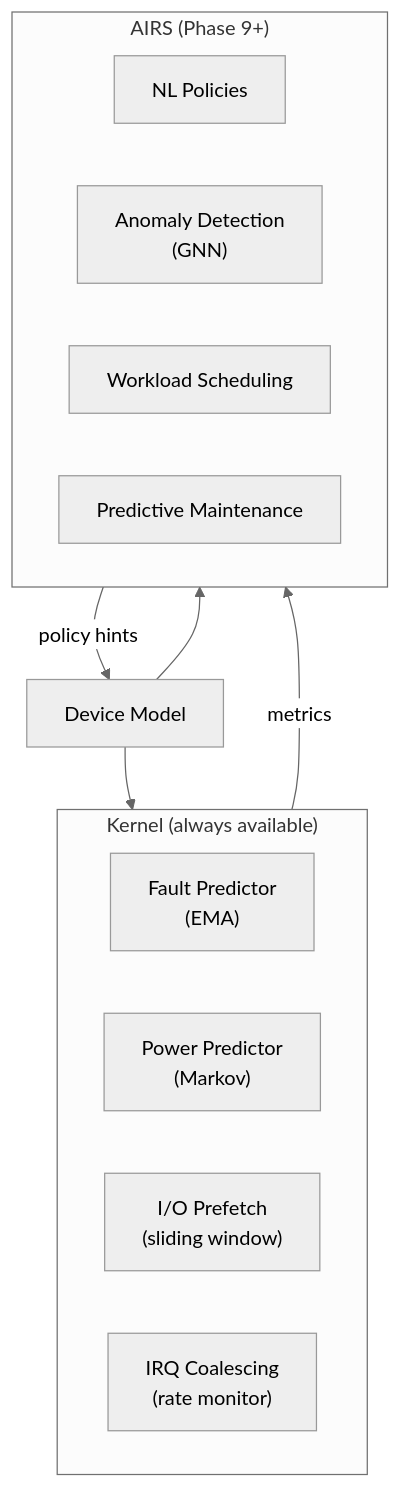
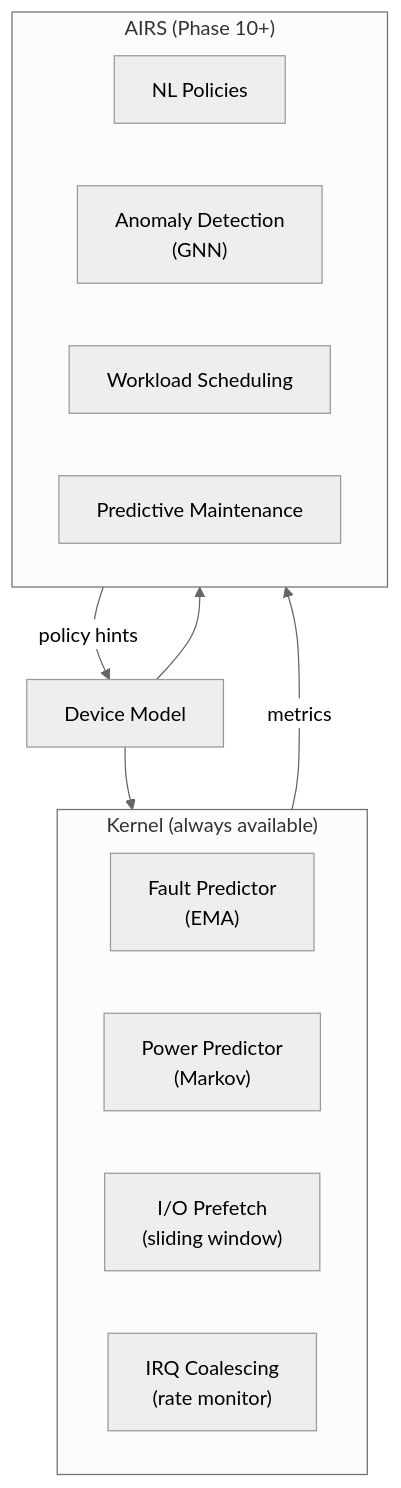
The second of 3 diagrams in docs/kernel/device-model/intelligence.md (juslee/aios), drawn with Mermaid (neutral theme) before and after one commit. The commit also changed 135 other files, not shown here.

First line of the commit message:
Renumber Phase 5→6 through Phase 46→47 across architecture docs

````diff
--- a/docs/kernel/device-model/intelligence.md
+++ b/docs/kernel/device-model/intelligence.md
@@ -254,21 +254,21 @@
 ```mermaid
 flowchart TD
     subgraph Kernel["Kernel (always available)"]
         FP["Fault Predictor\n(EMA)"]
         PP["Power Predictor\n(Markov)"]
         IO["I/O Prefetch\n(sliding window)"]
         IC["IRQ Coalescing\n(rate monitor)"]
     end
 
-    subgraph AIRS["AIRS (Phase 9+)"]
+    subgraph AIRS["AIRS (Phase 10+)"]
         NL["NL Policies"]
         AD["Anomaly Detection\n(GNN)"]
         WS["Workload Scheduling"]
         PM["Predictive Maintenance"]
     end
 
     DM["Device Model"] --> Kernel
     DM --> AIRS
     Kernel --> |"metrics"| AIRS
     AIRS --> |"policy hints"| DM
 ```
````
